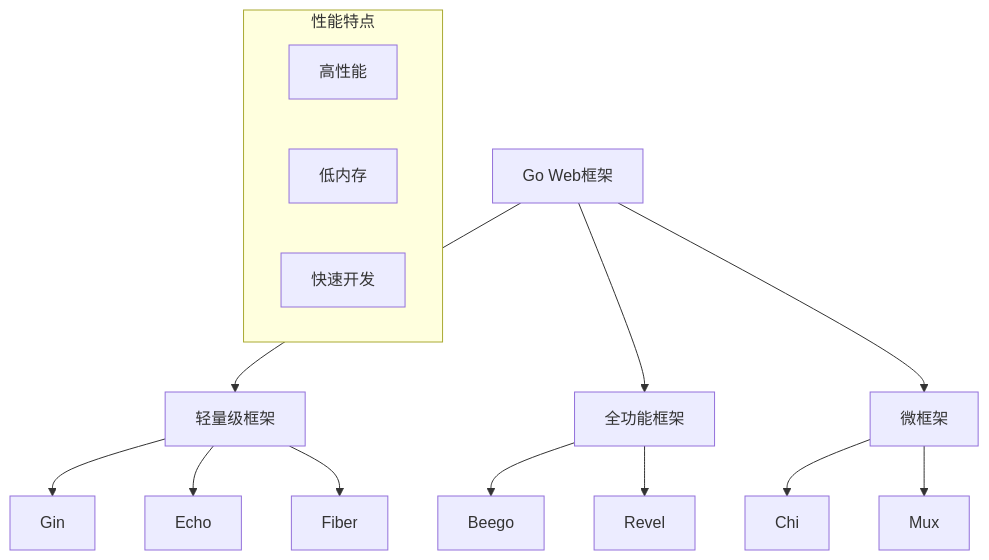
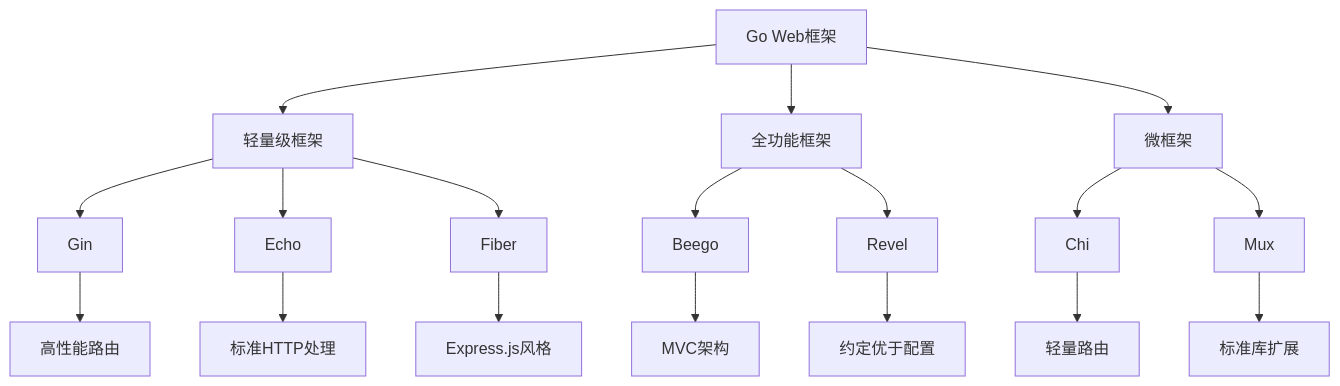
The diagram in questions/backend/go-web-frameworks.md (ming-xwolf/IQB), drawn with Mermaid before and after one commit. The commit also changed other lines of this file and 23 other files, not shown here.

Commit message:
优化后端面试题：重构理论与代码分离，优化Mermaid图表和文档结构

````diff
--- a/questions/backend/go-web-frameworks.md
+++ b/questions/backend/go-web-frameworks.md
@@ -17,22 +28,26 @@
 ```mermaid
 graph TB
     A[Go Web框架] --> B[轻量级框架]
     A --> C[全功能框架]
     A --> D[微框架]
     
     B --> B1[Gin]
     B --> B2[Echo]
     B --> B3[Fiber]
     
     C --> C1[Beego]
     C --> C2[Revel]
     
     D --> D1[Chi]
     D --> D2[Mux]
     
-    subgraph "性能特点"
-        E1[高性能]
-        E2[低内存]
-        E3[快速开发]
-    end
+    B1 --> E1[高性能路由]
+    B2 --> E2[标准HTTP处理]
+    B3 --> E3[Express.js风格]
+    
+    C1 --> F1[MVC架构]
+    C2 --> F2[约定优于配置]
+    
+    D1 --> G1[轻量路由]
+    D2 --> G2[标准库扩展]
 ```
````
